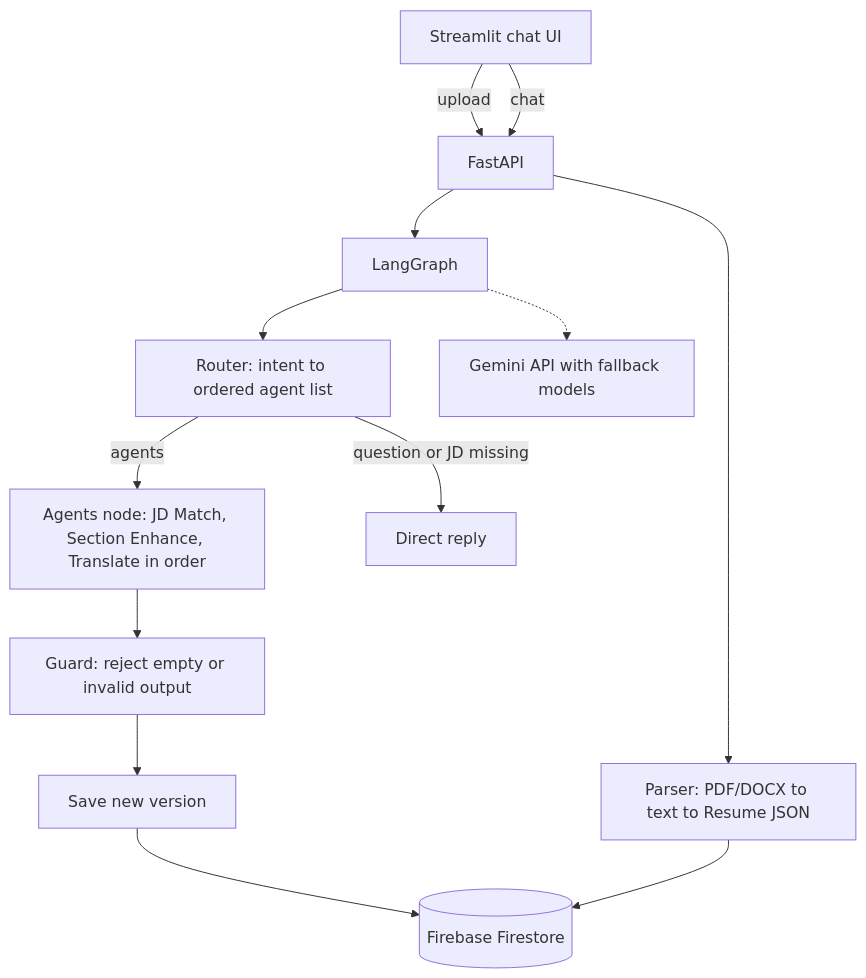
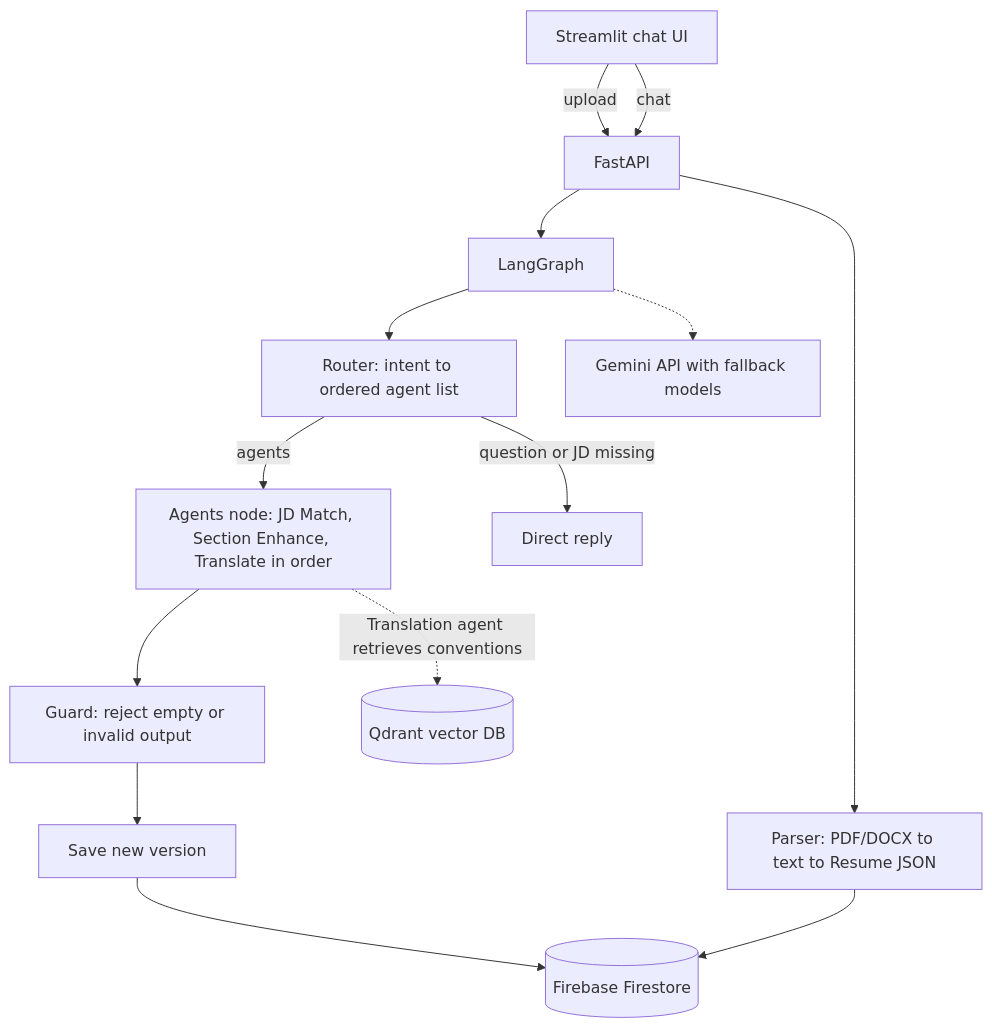
Before and after one commit to Rrh88/Resume-Optimizer: the diagram in README.md, drawn with Mermaid. The commit also changed other lines of this file and 3 other files, not shown here.

Commit message:
Add Qdrant vector DB for localization, update README

````diff
--- a/README.md
+++ b/README.md
@@ -13,15 +13,16 @@
 ```mermaid
 flowchart TD
     UI[Streamlit chat UI] -->|upload| API[FastAPI]
     UI -->|chat| API
     API --> P[Parser: PDF/DOCX to text to Resume JSON]
     API --> G[LangGraph]
     G --> R[Router: intent to ordered agent list]
     R -->|agents| A[Agents node: JD Match, Section Enhance, Translate in order]
     R -->|question or JD missing| E[Direct reply]
     A --> V[Guard: reject empty or invalid output]
     V --> S[Save new version]
     S --> F[(Firebase Firestore)]
     P --> F
     G -.-> L[Gemini API with fallback models]
+    A -.->|Translation agent retrieves conventions| K[(Qdrant vector DB)]
 ```
````
